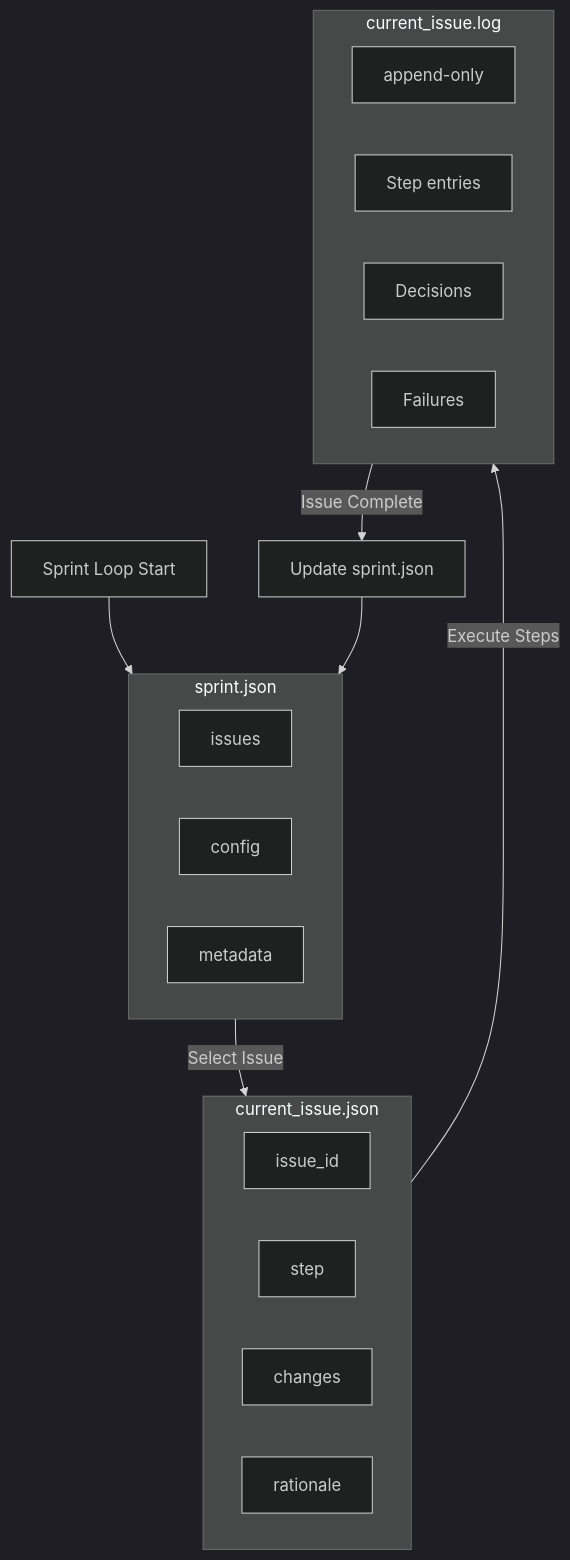
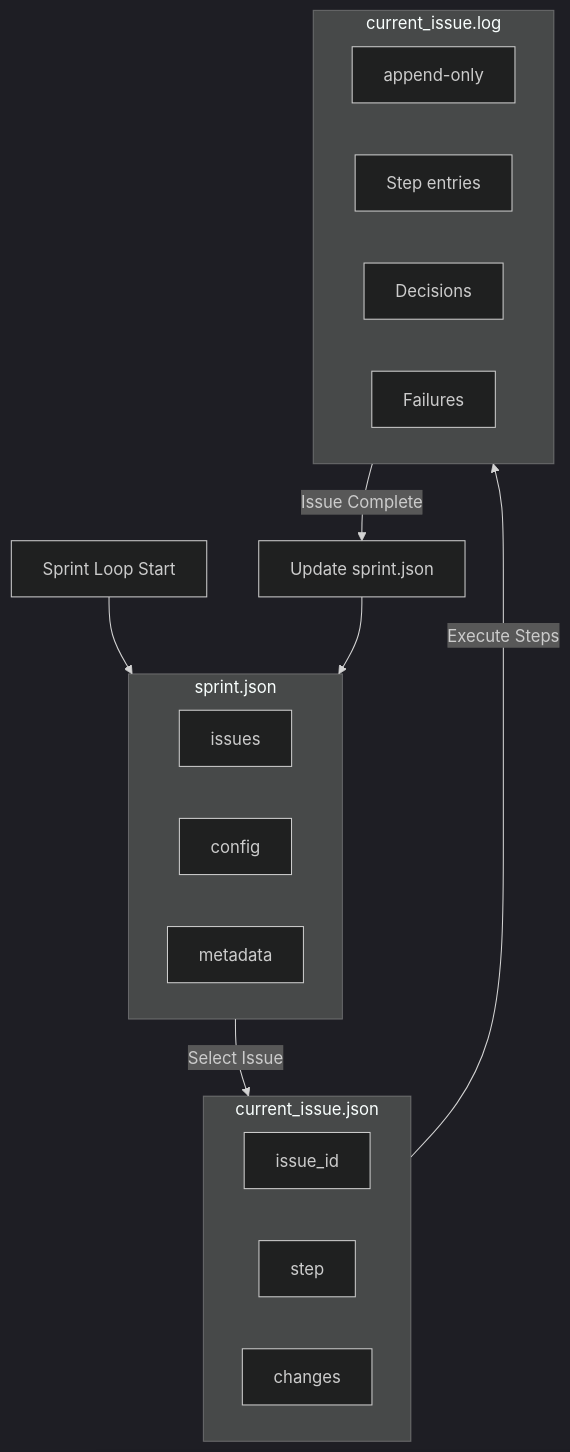
Before and after one commit to arc-co/claudesprint: the second of 2 diagrams in docs/concepts/architecture.md, drawn with Mermaid (dark theme). The commit also changed 29 other files, not shown here.

````diff
--- a/docs/concepts/architecture.md
+++ b/docs/concepts/architecture.md
@@ -200,31 +200,30 @@
 ```mermaid
 flowchart TB
     Start[Sprint Loop Start] --> SprintJson
 
     subgraph SprintJson[sprint.json]
         issues[issues]
         config[config]
         metadata[metadata]
     end
 
     SprintJson -->|Select Issue| CurrentIssue
 
     subgraph CurrentIssue[current_issue.json]
         issue_id[issue_id]
         step[step]
         changes[changes]
-        rationale[rationale]
     end
 
     CurrentIssue -->|Execute Steps| Log
 
     subgraph Log[current_issue.log]
         append[append-only]
         entries[Step entries]
         decisions[Decisions]
         failures[Failures]
     end
 
     Log -->|Issue Complete| Update[Update sprint.json]
     Update --> SprintJson
 ```
````
